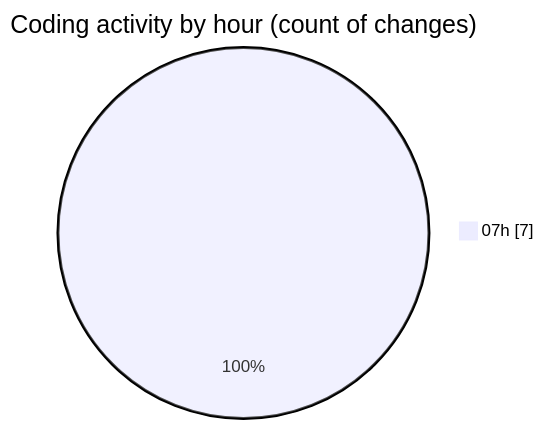
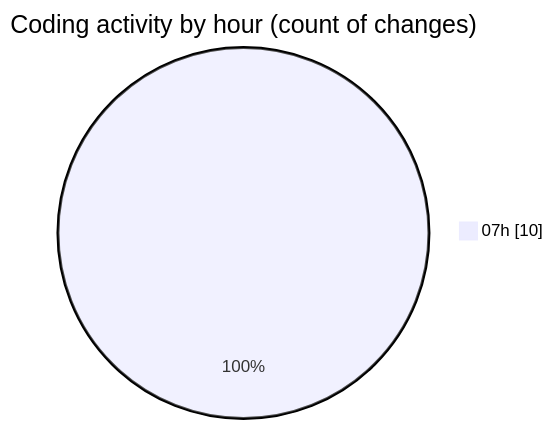
One commit to robertbonfada/code-tracking changed the second of 2 diagrams in 2025-01-09/mbc-web/README.md. Above: the diagram before and after it, drawn with Mermaid. The commit also changed other lines of this file and 1 other file, not shown here.

````diff
--- a/2025-01-09/mbc-web/README.md
+++ b/2025-01-09/mbc-web/README.md
@@ -31,5 +31,5 @@
 ```mermaid
 pie showData
 title Coding activity by hour (count of changes)
-"07h" : 7
+"07h" : 10
 ```
````
